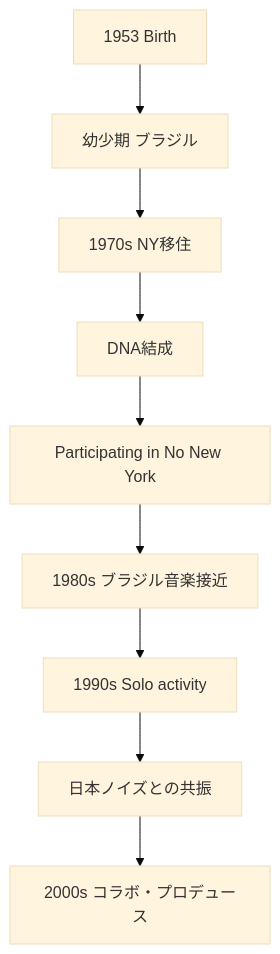
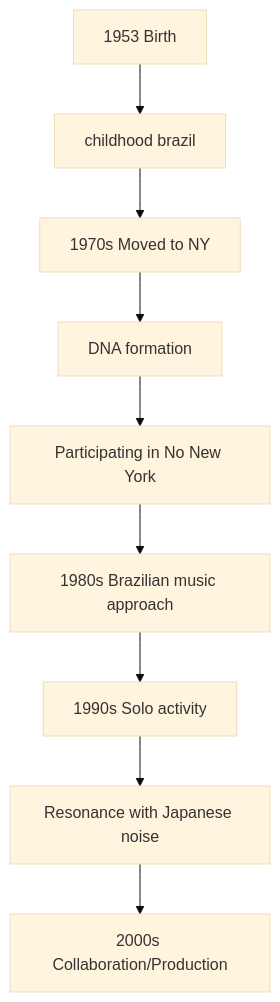
One commit to monumental-movement/monumental-movement.github.io changed the second of 2 diagrams in en/_posts/2026-04-18-column-arto-lindsay.md. Above: the diagram before and after it, drawn with Mermaid (base theme). The commit also changed other lines of this file and 851 other files, not shown here.

```diff
--- a/en/_posts/2026-04-18-column-arto-lindsay.md
+++ b/en/_posts/2026-04-18-column-arto-lindsay.md
@@ -222,11 +222,11 @@
 <div class="mermaid">
 flowchart TD
-A[1953 Birth] --> B[幼少期 ブラジル]
-B --> C[1970s NY移住]
-C --> D[DNA結成]
+A[1953 Birth] --> B[childhood brazil]
+B --> C[1970s Moved to NY]
+C --> D[DNA formation]
 D --> E[Participating in No New York]
-E --> F[1980s ブラジル音楽接近]
+E --> F[1980s Brazilian music approach]
 F --> G[1990s Solo activity]
-G --> H[日本ノイズとの共振]
-H --> I[2000s コラボ・プロデュース]
+G --> H[Resonance with Japanese noise]
+H --> I[2000s Collaboration/Production]
 </div>
```
